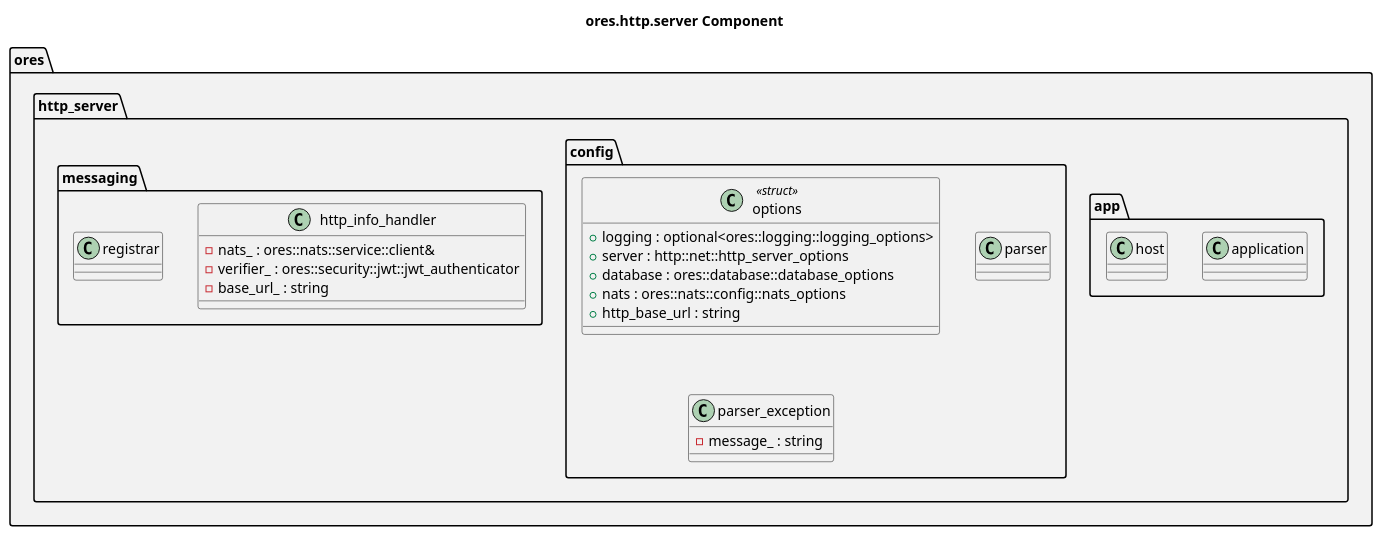
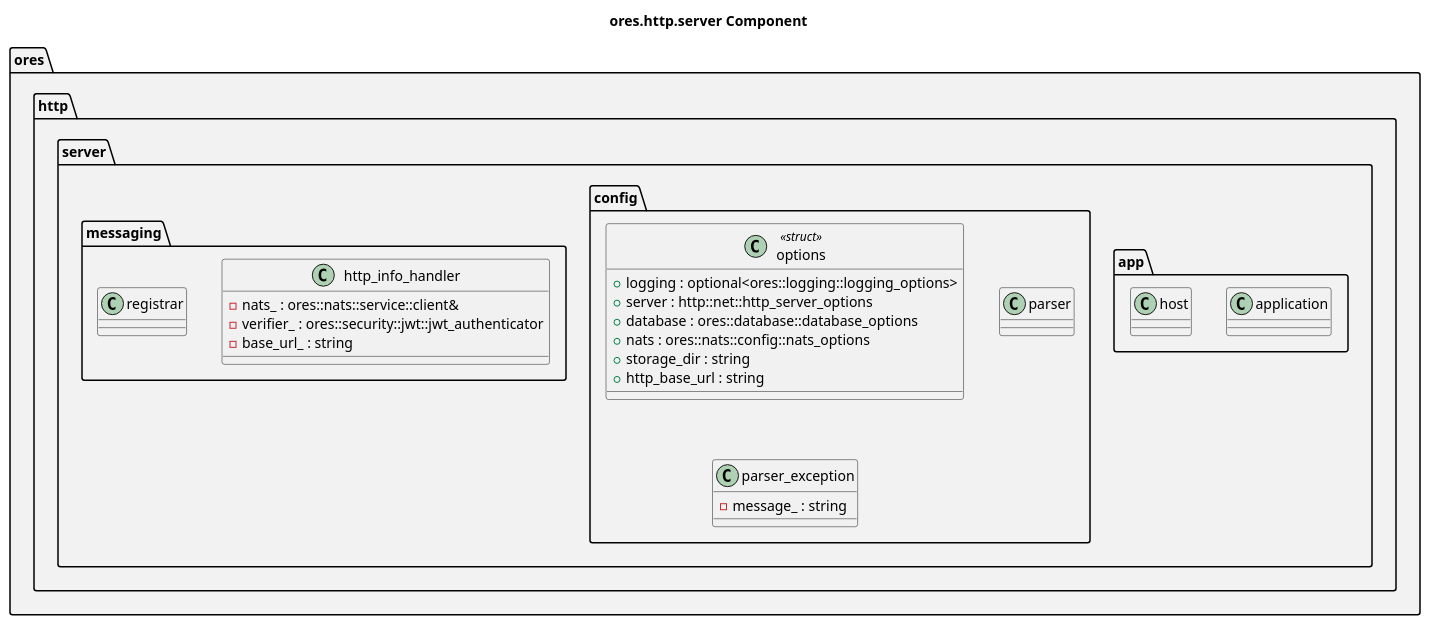
One commit to OreStudio/OreStudio changed the diagram in projects/ores.http/server/modeling/ores.http.server.puml. Above: the diagram before and after it, drawn with PlantUML. The commit also changed 36 other files, not shown here.

```diff
--- a/projects/ores.http/server/modeling/ores.http.server.puml
+++ b/projects/ores.http/server/modeling/ores.http.server.puml
@@ -18,46 +18,49 @@
 @startuml
 
 title ores.http.server Component
 
 set namespaceSeparator ::
 
 namespace ores #F2F2F2 {
-    namespace http_server #F2F2F2 {
-        namespace app #F2F2F2 {
-            class application {
+    namespace http #F2F2F2 {
+        namespace server #F2F2F2 {
+            namespace app #F2F2F2 {
+                class application {
+                }
+                class host {
+                }
             }
-            class host {
+            namespace config #F2F2F2 {
+                class options <<struct>> {
+                    +logging : optional<ores::logging::logging_options>
+                    +server : http::net::http_server_options
+                    +database : ores::database::database_options
+                    +nats : ores::nats::config::nats_options
+                    +storage_dir : string
+                    +http_base_url : string
+                }
+                class parser {
+                }
+                class parser_exception {
+                    -message_ : string
+                }
             }
-        }
-        namespace config #F2F2F2 {
-            class options <<struct>> {
-                +logging : optional<ores::logging::logging_options>
-                +server : http::net::http_server_options
-                +database : ores::database::database_options
-                +nats : ores::nats::config::nats_options
-                +http_base_url : string
-            }
-            class parser {
-            }
-            class parser_exception {
-                -message_ : string
-            }
-        }
-        namespace messaging #F2F2F2 {
-            class http_info_handler {
-                -nats_ : ores::nats::service::client&
-                -verifier_ : ores::security::jwt::jwt_authenticator
-                -base_url_ : string
-            }
-            class registrar {
+            namespace messaging #F2F2F2 {
+                class http_info_handler {
+                    -nats_ : ores::nats::service::client&
+                    -verifier_ : ores::security::jwt::jwt_authenticator
+                    -base_url_ : string
+                }
+                class registrar {
+                }
             }
         }
     }
 }
 
 ' --- manual: everything below this line is hand-authored; the script preserves it ---
 
 ' Local Variables:
 ' compile-command: "java -Djava.awt.headless=true -DPLANTUML_SECURITY_PROFILE=UNSECURE -DPLANTUML_LIMIT_SIZE=65535 -jar /usr/share/plantuml/plantuml.jar ores.http.server.puml"
 ' End:
 @enduml
```
